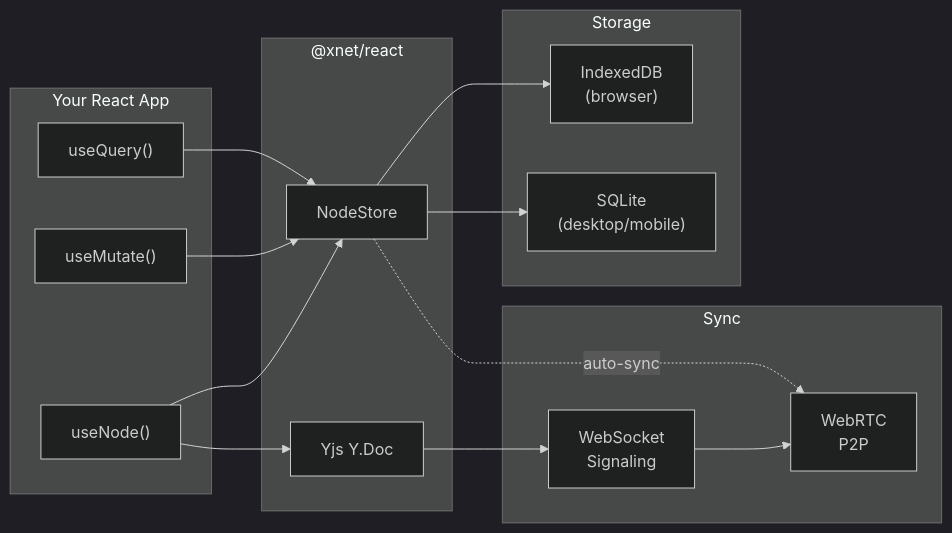
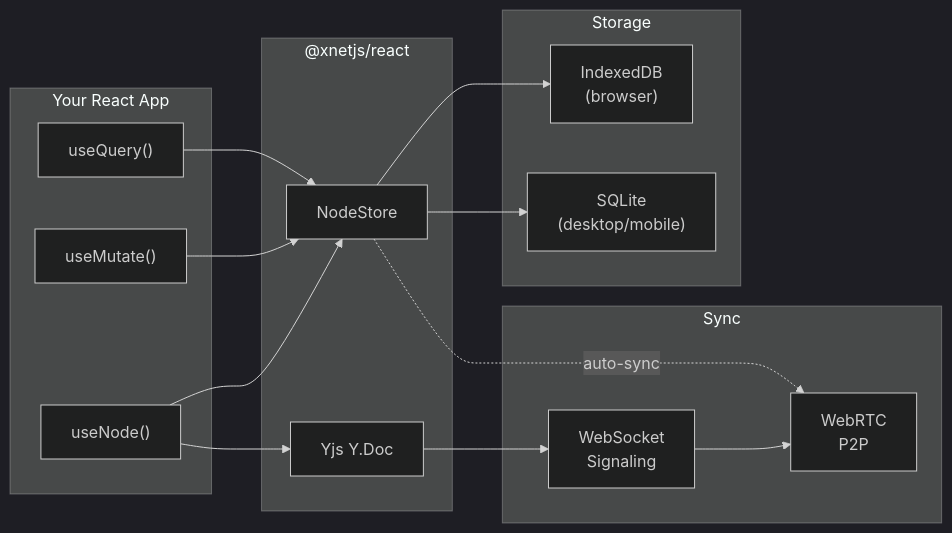
Before and after one commit to crs48/xNet: the sixth of 11 diagrams in docs/explorations/0046_[x]_DOCS_SITE.md, drawn with Mermaid (dark theme). The commit also changed other lines of this file and 980 other files, not shown here.

````diff
--- a/docs/explorations/0046_[x]_DOCS_SITE.md
+++ b/docs/explorations/0046_[x]_DOCS_SITE.md
@@ -863,33 +863,33 @@
 ```mermaid
 graph LR
     subgraph "Your React App"
         UQ["useQuery()"]
         UM["useMutate()"]
         UN["useNode()"]
     end
 
-    subgraph "@xnet/react"
+    subgraph "@xnetjs/react"
         NS["NodeStore"]
         YD["Yjs Y.Doc"]
     end
 
     subgraph "Storage"
         IDB["IndexedDB<br/>(browser)"]
         SQL["SQLite<br/>(desktop/mobile)"]
     end
 
     subgraph "Sync"
         WS["WebSocket<br/>Signaling"]
         RTC["WebRTC<br/>P2P"]
     end
 
     UQ --> NS
     UM --> NS
     UN --> NS
     UN --> YD
     NS --> IDB
     NS --> SQL
     YD --> WS
     WS --> RTC
     NS -.->|"auto-sync"| RTC
 ```
````
